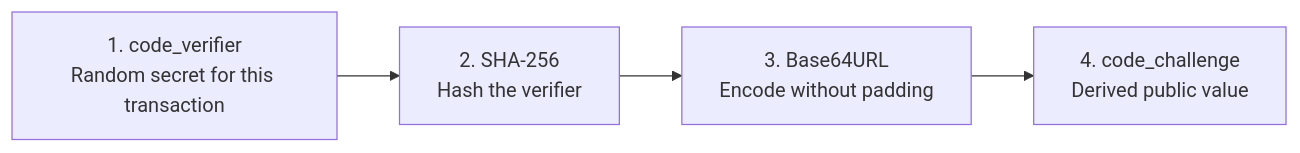
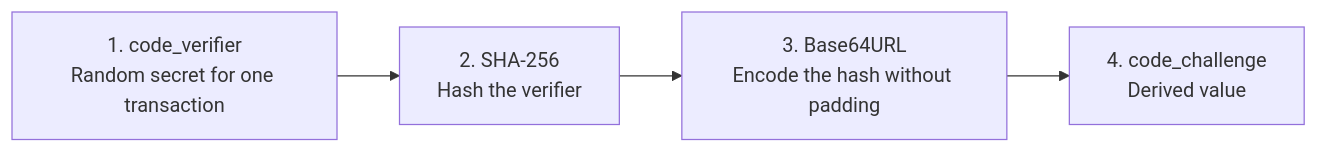
One commit to TedxHarry/OAuth-OIDC changed the third of 8 diagrams in diagrams/day-03-authorization-code-pkce.md. Above: the diagram before and after it, drawn with Mermaid. The commit also changed other lines of this file, not shown here.

Commit message:
Clarify Day 3 conceptual and lab diagrams

````diff
--- a/diagrams/day-03-authorization-code-pkce.md
+++ b/diagrams/day-03-authorization-code-pkce.md
@@ -76,9 +122,9 @@
 ```mermaid
 flowchart LR
-    V["1. code_verifier<br/>Random secret for this transaction"]
+    V["1. code_verifier<br/>Random secret for one transaction"]
     H["2. SHA-256<br/>Hash the verifier"]
-    E["3. Base64URL<br/>Encode without padding"]
-    C["4. code_challenge<br/>Derived public value"]
+    E["3. Base64URL<br/>Encode the hash without padding"]
+    C["4. code_challenge<br/>Derived value"]
 
     V --> H --> E --> C
 ```
````
